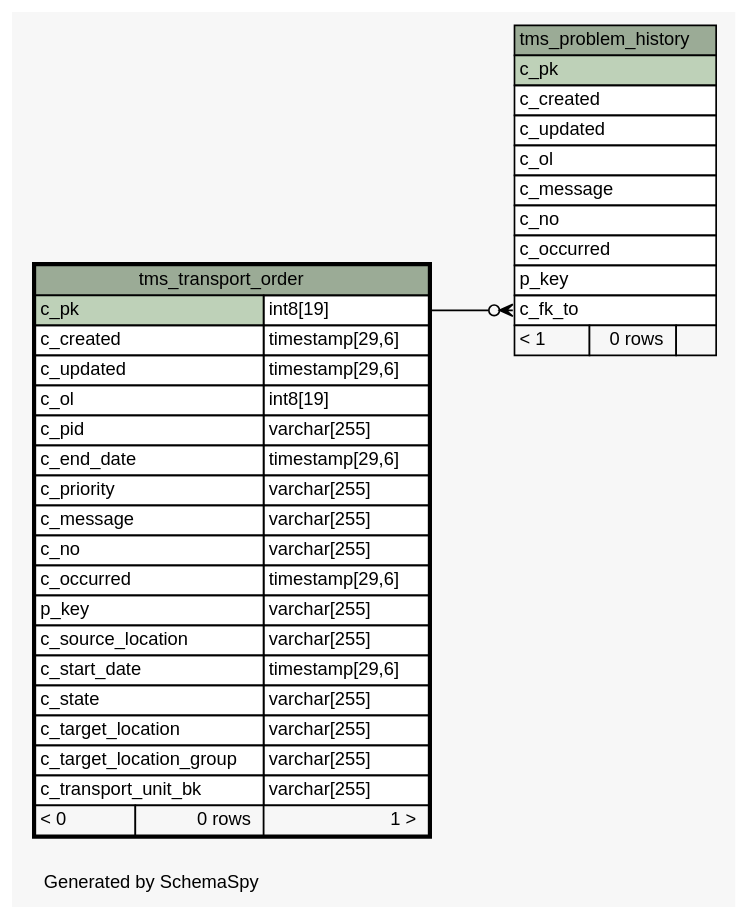
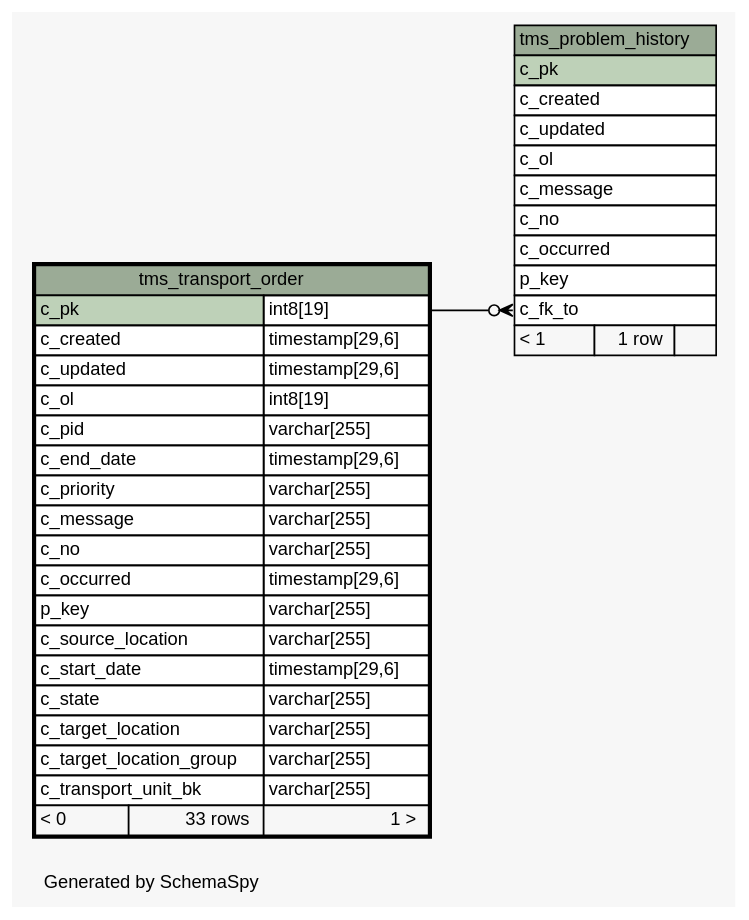
One commit to openwms/org.openwms.tms.transportation changed the diagram in 1.4.0-SNAPSHOT/schemaspy/diagrams/tms_transport_order.1degree.dot. Above: the diagram before and after it, drawn with Graphviz. The commit also changed 462 other files, not shown here.

```diff
--- a/1.4.0-SNAPSHOT/schemaspy/diagrams/tms_transport_order.1degree.dot
+++ b/1.4.0-SNAPSHOT/schemaspy/diagrams/tms_transport_order.1degree.dot
@@ -1,67 +1,67 @@
 // dot 2.36.0 on Linux 4.4.0-101-generic
 // SchemaSpy rev Unknown
 digraph "oneDegreeRelationshipsDiagram" {
   graph [
     rankdir="RL"
     bgcolor="#f7f7f7"
     label="\nGenerated by SchemaSpy"
     labeljust="l"
     nodesep="0.18"
     ranksep="0.46"
     fontname="Helvetica"
     fontsize="11"
   ];
   node [
     fontname="Helvetica"
     fontsize="11"
     shape="plaintext"
   ];
   edge [
     arrowsize="0.8"
   ];
   "tms_problem_history":"c_fk_to":w -> "tms_transport_order":"c_pk.type":e [arrowhead=none dir=back arrowtail=crowodot];
   "tms_problem_history" [
     label=<
     <TABLE BORDER="0" CELLBORDER="1" CELLSPACING="0" BGCOLOR="#ffffff">
       <TR><TD COLSPAN="3" BGCOLOR="#9bab96" ALIGN="CENTER">tms_problem_history</TD></TR>
       <TR><TD PORT="c_pk" COLSPAN="3" BGCOLOR="#bed1b8" ALIGN="LEFT">c_pk</TD></TR>
       <TR><TD PORT="c_created" COLSPAN="3" ALIGN="LEFT">c_created</TD></TR>
       <TR><TD PORT="c_updated" COLSPAN="3" ALIGN="LEFT">c_updated</TD></TR>
       <TR><TD PORT="c_ol" COLSPAN="3" ALIGN="LEFT">c_ol</TD></TR>
       <TR><TD PORT="c_message" COLSPAN="3" ALIGN="LEFT">c_message</TD></TR>
       <TR><TD PORT="c_no" COLSPAN="3" ALIGN="LEFT">c_no</TD></TR>
       <TR><TD PORT="c_occurred" COLSPAN="3" ALIGN="LEFT">c_occurred</TD></TR>
       <TR><TD PORT="p_key" COLSPAN="3" ALIGN="LEFT">p_key</TD></TR>
       <TR><TD PORT="c_fk_to" COLSPAN="3" ALIGN="LEFT">c_fk_to</TD></TR>
-      <TR><TD ALIGN="LEFT" BGCOLOR="#f7f7f7">&lt; 1</TD><TD ALIGN="RIGHT" BGCOLOR="#f7f7f7">0 rows</TD><TD ALIGN="RIGHT" BGCOLOR="#f7f7f7">  </TD></TR>
+      <TR><TD ALIGN="LEFT" BGCOLOR="#f7f7f7">&lt; 1</TD><TD ALIGN="RIGHT" BGCOLOR="#f7f7f7">1 row</TD><TD ALIGN="RIGHT" BGCOLOR="#f7f7f7">  </TD></TR>
     </TABLE>>
     URL="tms_problem_history.html"
     tooltip="tms_problem_history"
   ];
   "tms_transport_order" [
     label=<
     <TABLE BORDER="2" CELLBORDER="1" CELLSPACING="0" BGCOLOR="#ffffff">
       <TR><TD COLSPAN="3" BGCOLOR="#9bab96" ALIGN="CENTER">tms_transport_order</TD></TR>
       <TR><TD PORT="c_pk" COLSPAN="2" BGCOLOR="#bed1b8" ALIGN="LEFT">c_pk</TD><TD PORT="c_pk.type" ALIGN="LEFT">int8[19]</TD></TR>
       <TR><TD PORT="c_created" COLSPAN="2" ALIGN="LEFT">c_created</TD><TD PORT="c_created.type" ALIGN="LEFT">timestamp[29,6]</TD></TR>
       <TR><TD PORT="c_updated" COLSPAN="2" ALIGN="LEFT">c_updated</TD><TD PORT="c_updated.type" ALIGN="LEFT">timestamp[29,6]</TD></TR>
       <TR><TD PORT="c_ol" COLSPAN="2" ALIGN="LEFT">c_ol</TD><TD PORT="c_ol.type" ALIGN="LEFT">int8[19]</TD></TR>
       <TR><TD PORT="c_pid" COLSPAN="2" ALIGN="LEFT">c_pid</TD><TD PORT="c_pid.type" ALIGN="LEFT">varchar[255]</TD></TR>
       <TR><TD PORT="c_end_date" COLSPAN="2" ALIGN="LEFT">c_end_date</TD><TD PORT="c_end_date.type" ALIGN="LEFT">timestamp[29,6]</TD></TR>
       <TR><TD PORT="c_priority" COLSPAN="2" ALIGN="LEFT">c_priority</TD><TD PORT="c_priority.type" ALIGN="LEFT">varchar[255]</TD></TR>
       <TR><TD PORT="c_message" COLSPAN="2" ALIGN="LEFT">c_message</TD><TD PORT="c_message.type" ALIGN="LEFT">varchar[255]</TD></TR>
       <TR><TD PORT="c_no" COLSPAN="2" ALIGN="LEFT">c_no</TD><TD PORT="c_no.type" ALIGN="LEFT">varchar[255]</TD></TR>
       <TR><TD PORT="c_occurred" COLSPAN="2" ALIGN="LEFT">c_occurred</TD><TD PORT="c_occurred.type" ALIGN="LEFT">timestamp[29,6]</TD></TR>
       <TR><TD PORT="p_key" COLSPAN="2" ALIGN="LEFT">p_key</TD><TD PORT="p_key.type" ALIGN="LEFT">varchar[255]</TD></TR>
       <TR><TD PORT="c_source_location" COLSPAN="2" ALIGN="LEFT">c_source_location</TD><TD PORT="c_source_location.type" ALIGN="LEFT">varchar[255]</TD></TR>
       <TR><TD PORT="c_start_date" COLSPAN="2" ALIGN="LEFT">c_start_date</TD><TD PORT="c_start_date.type" ALIGN="LEFT">timestamp[29,6]</TD></TR>
       <TR><TD PORT="c_state" COLSPAN="2" ALIGN="LEFT">c_state</TD><TD PORT="c_state.type" ALIGN="LEFT">varchar[255]</TD></TR>
       <TR><TD PORT="c_target_location" COLSPAN="2" ALIGN="LEFT">c_target_location</TD><TD PORT="c_target_location.type" ALIGN="LEFT">varchar[255]</TD></TR>
       <TR><TD PORT="c_target_location_group" COLSPAN="2" ALIGN="LEFT">c_target_location_group</TD><TD PORT="c_target_location_group.type" ALIGN="LEFT">varchar[255]</TD></TR>
       <TR><TD PORT="c_transport_unit_bk" COLSPAN="2" ALIGN="LEFT">c_transport_unit_bk</TD><TD PORT="c_transport_unit_bk.type" ALIGN="LEFT">varchar[255]</TD></TR>
-      <TR><TD ALIGN="LEFT" BGCOLOR="#f7f7f7">&lt; 0</TD><TD ALIGN="RIGHT" BGCOLOR="#f7f7f7">0 rows</TD><TD ALIGN="RIGHT" BGCOLOR="#f7f7f7">1 &gt;</TD></TR>
+      <TR><TD ALIGN="LEFT" BGCOLOR="#f7f7f7">&lt; 0</TD><TD ALIGN="RIGHT" BGCOLOR="#f7f7f7">33 rows</TD><TD ALIGN="RIGHT" BGCOLOR="#f7f7f7">1 &gt;</TD></TR>
     </TABLE>>
     URL="tms_transport_order.html"
     tooltip="tms_transport_order"
   ];
 }
```
